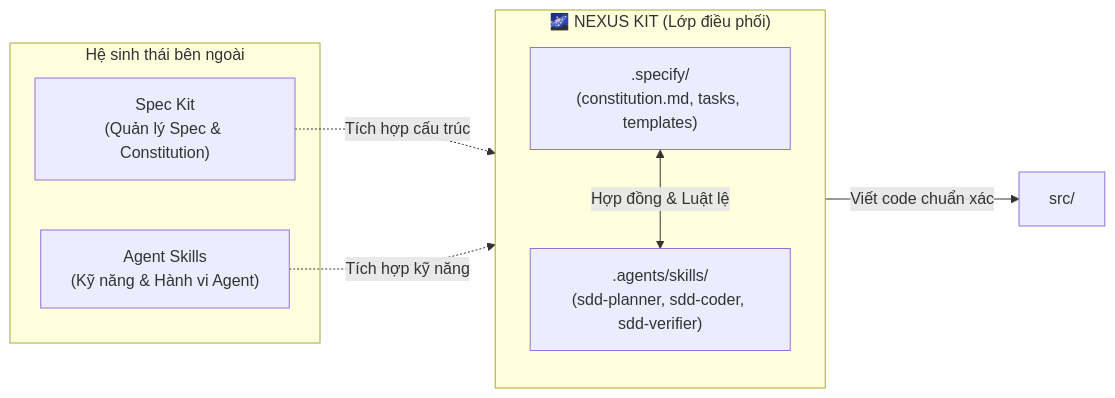
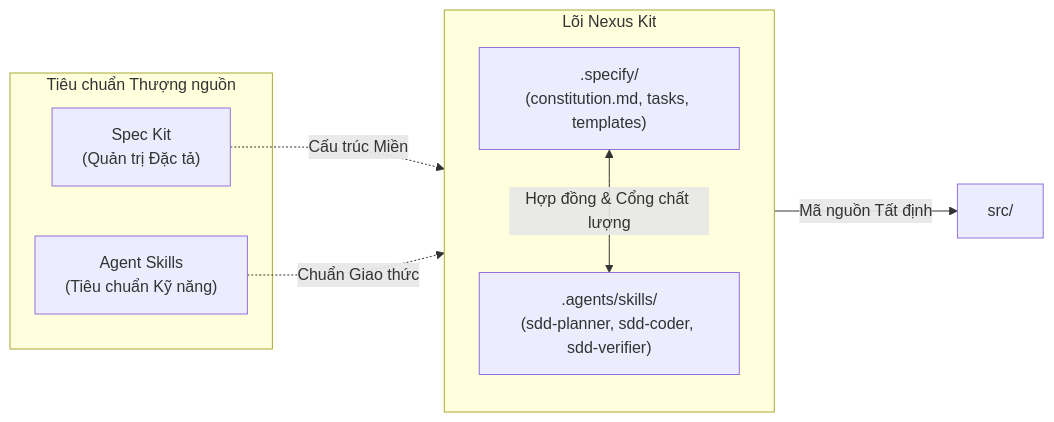
One commit to TranHuuQuyet/nexus-kit changed the diagram in README.vi.md. Above: the diagram before and after it, drawn with Mermaid. The commit also changed other lines of this file and 5 other files, not shown here.

````diff
--- a/README.vi.md
+++ b/README.vi.md
@@ -26,19 +33,19 @@
 ```mermaid
 flowchart LR
-    subgraph Upstream["Hệ sinh thái bên ngoài"]
-        SK["Spec Kit\n(Quản lý Spec & Constitution)"]
-        AS["Agent Skills\n(Kỹ năng & Hành vi Agent)"]
+    subgraph Upstream["Tiêu chuẩn Thượng nguồn"]
+        SK["Spec Kit\n(Quản trị Đặc tả)"]
+        AS["Agent Skills\n(Tiêu chuẩn Kỹ năng)"]
     end
 
-    subgraph NexusKit["🌌 NEXUS KIT (Lớp điều phối)"]
+    subgraph NexusKit["Lõi Nexus Kit"]
         direction TB
         SpecDir[".specify/\n(constitution.md, tasks, templates)"]
         SkillsDir[".agents/skills/\n(sdd-planner, sdd-coder, sdd-verifier)"]
     end
 
-    SK -. "Tích hợp cấu trúc" .-> SpecDir
-    AS -. "Tích hợp kỹ năng" .-> SkillsDir
+    SK -. "Cấu trúc Miền" .-> SpecDir
+    AS -. "Chuẩn Giao thức" .-> SkillsDir
 
-    SpecDir <-->|"Hợp đồng & Luật lệ"| SkillsDir
-    SkillsDir -->|"Viết code chuẩn xác"| Src["src/"]
+    SpecDir <-->|"Hợp đồng & Cổng chất lượng"| SkillsDir
+    SkillsDir -->|"Mã nguồn Tất định"| Src["src/"]
 ```
````
